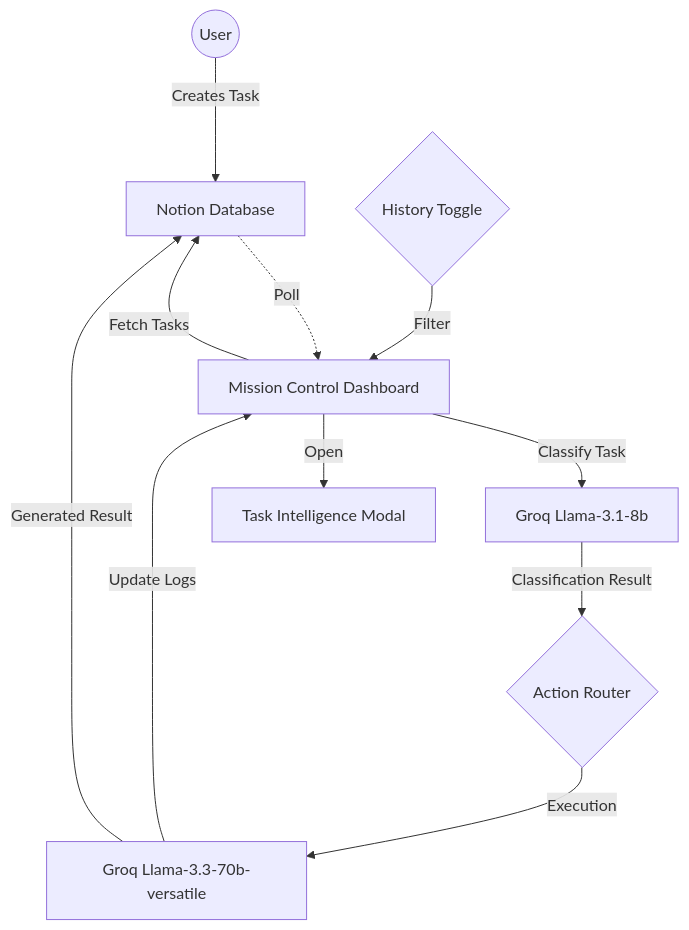
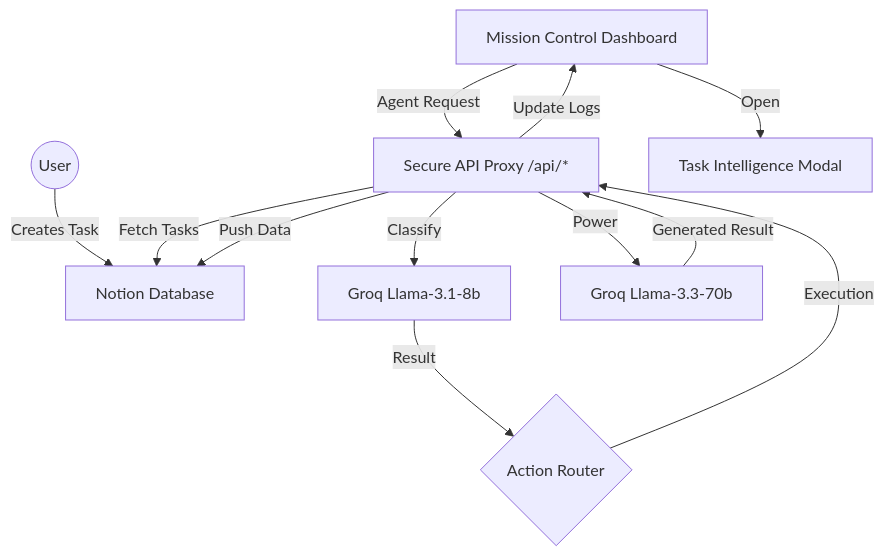
Before and after one commit to KGFCH2/AutoDesk-AI: the diagram in ARCHITECTURE.md, drawn with Mermaid. The commit also changed other lines of this file, not shown here.

Commit message:
Updated architecture documentation to reflect secure proxy design

````diff
--- a/ARCHITECTURE.md
+++ b/ARCHITECTURE.md
@@ -7,15 +7,17 @@
 ```mermaid
 graph TD
     User((User)) -->|Creates Task| Notion[Notion Database]
-    Sub[Mission Control Dashboard] -->|Fetch Tasks| Notion
-    History{History Toggle} -->|Filter| Sub
-    Sub -->|Classify Task| GroqFast[Groq Llama-3.1-8b]
-    GroqFast -->|Classification Result| Router{Action Router}
+    Sub[Mission Control Dashboard] -->|Agent Request| Proxy[Secure API Proxy /api/*]
+    Proxy -->|Fetch Tasks| Notion
     
-    Router -->|Execution| GroqPower[Groq Llama-3.3-70b-versatile]
-    GroqPower -->|Generated Result| Notion
-    GroqPower -->|Update Logs| Sub
+    Proxy -->|Classify| GroqFast[Groq Llama-3.1-8b]
+    GroqFast -->|Result| Router{Action Router}
     
-    Notion -.->|Poll| Sub
+    Router -->|Execution| Proxy
+    Proxy -->|Power| GroqPower[Groq Llama-3.3-70b]
+    GroqPower -->|Generated Result| Proxy
+    Proxy -->|Push Data| Notion
+    
+    Proxy -->|Update Logs| Sub
     Sub -->|Open| Modal[Task Intelligence Modal]
 ```
````
